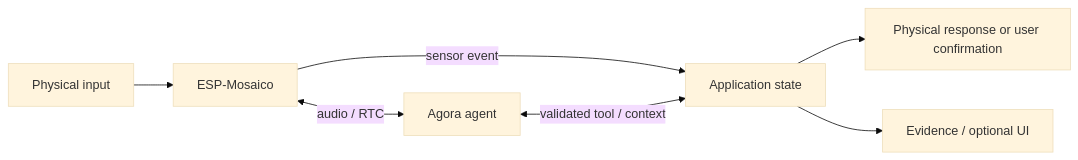
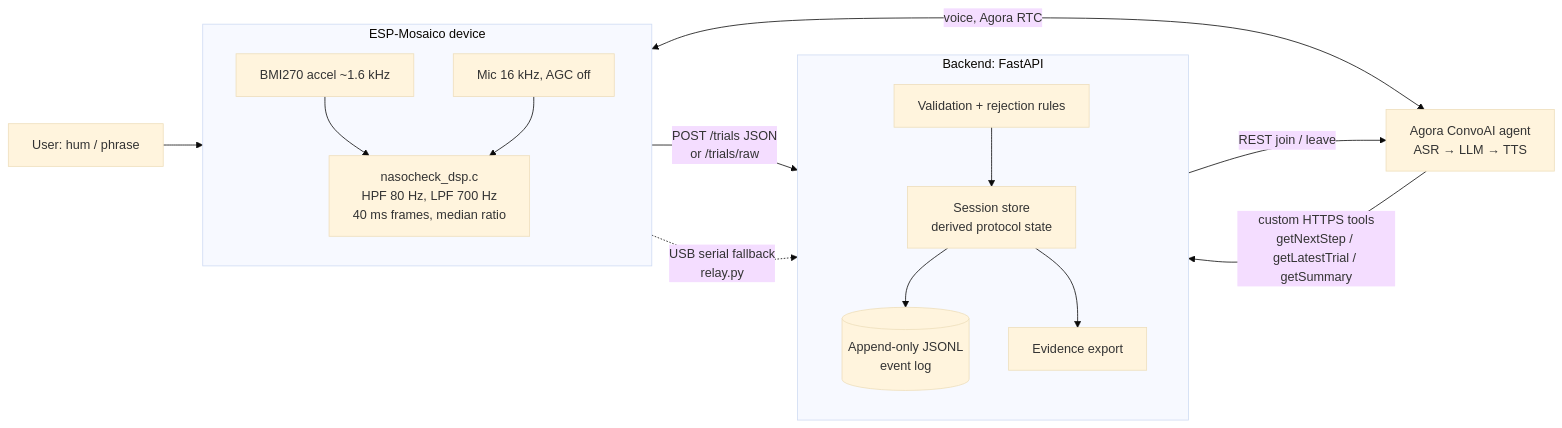
The first of 2 diagrams in docs/ARCHITECTURE.md (aarntn/agora-physical-ai-hackathon-2026), drawn with Mermaid (base theme) before and after one commit. The commit also changed other lines of this file and 44 other files, not shown here.

First line of the commit message:
feat: NasoCheck backend, firmware DSP, Agora agent and architecture

````diff
--- a/docs/ARCHITECTURE.md
+++ b/docs/ARCHITECTURE.md
@@ -2,9 +6,18 @@
 ```mermaid
 flowchart LR
-  P[Physical input] --> D[ESP-Mosaico]
-  D <-->|audio / RTC| A[Agora agent]
-  D -->|sensor event| B[Application state]
-  A <-->|validated tool / context| B
-  B --> R[Physical response or user confirmation]
-  B --> E[Evidence / optional UI]
+  U[User: hum / phrase] --> D
+  subgraph D[ESP-Mosaico device]
+    IMU[BMI270 accel ~1.6 kHz] --> DSP[nasocheck_dsp.c<br/>HPF 80 Hz, LPF 700 Hz<br/>40 ms frames, median ratio]
+    MIC[Mic 16 kHz, AGC off] --> DSP
+  end
+  D <-->|voice, Agora RTC| A[Agora ConvoAI agent<br/>ASR → LLM → TTS]
+  D -->|POST /trials JSON<br/>or /trials/raw| B
+  D -.->|USB serial fallback<br/>relay.py| B
+  subgraph B[Backend: FastAPI]
+    V[Validation + rejection rules] --> S[Session store<br/>derived protocol state]
+    S --> L[(Append-only JSONL<br/>event log)]
+    S --> E[Evidence export]
+  end
+  A -->|custom HTTPS tools<br/>getNextStep / getLatestTrial / getSummary| B
+  B -->|REST join / leave| A
 ```
````
